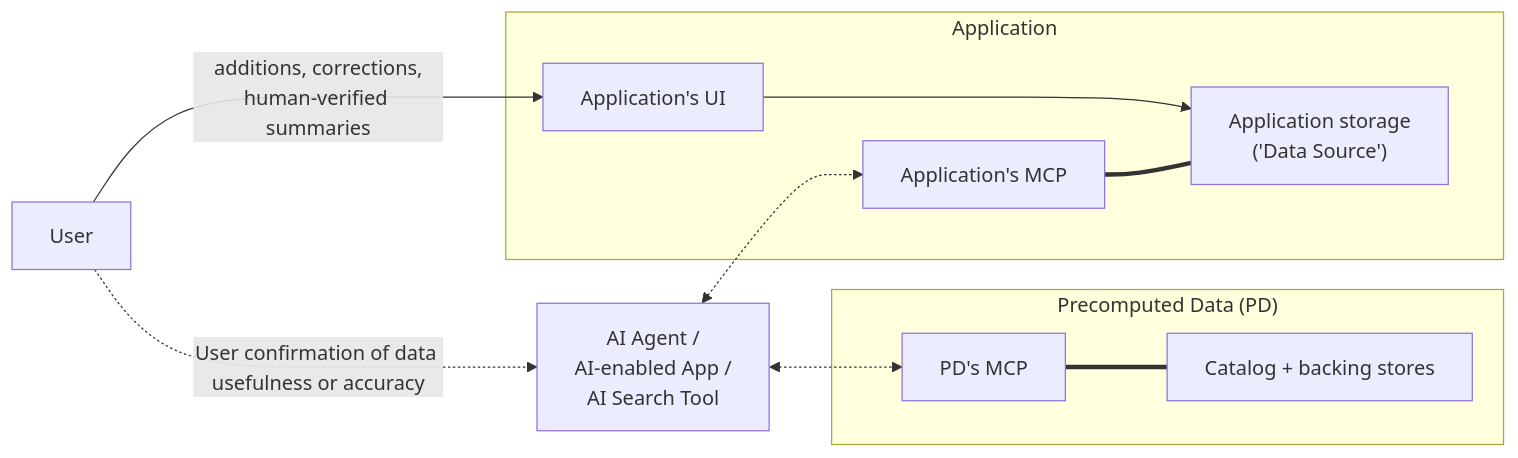
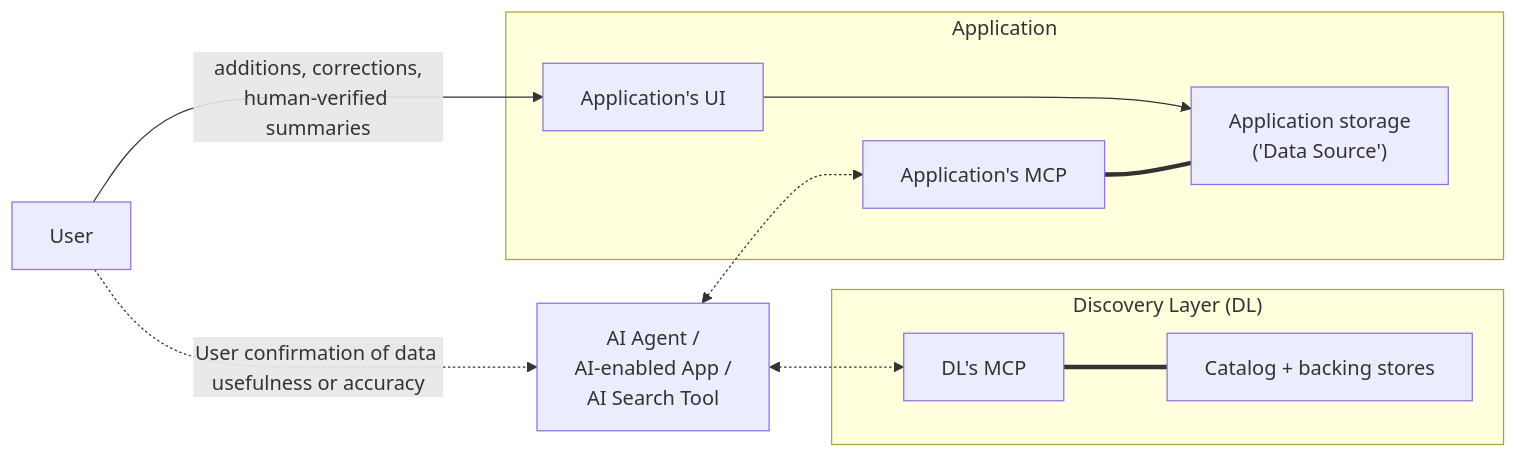
One commit to yoomlam/leverage-inst-knowl changed the second of 2 diagrams in lik-architecture.md. Above: the diagram before and after it, drawn with Mermaid. The commit also changed other lines of this file, not shown here.

First line of the commit message:
Reframe PD as Discovery Layer with pluggable stores and user-writable catalog

````diff
--- a/lik-architecture.md
+++ b/lik-architecture.md
@@ -260,19 +260,19 @@
 ```mermaid
 flowchart LR
   User[User] --->|additions, corrections,<br/>human-verified summaries| DS_UI
 
   subgraph Application
     DS["Application storage <br/>('Data Source')"]
     DS_UI["Application's UI"] ---> DS
     DS_MCP["Application's MCP"] === DS
   end
 
-  subgraph Precomputed Data ["Precomputed Data (PD)"]
-    PD_MCP[PD's MCP] === PD["Catalog + backing stores"]
+  subgraph DiscoveryLayer ["Discovery Layer (DL)"]
+    DL_MCP[DL's MCP] === DL["Catalog + backing stores"]
   end
 
   AI_App[AI Agent /<br/>AI-enabled App /<br/>AI Search Tool]
-  AI_App <-.-> DS_MCP & PD_MCP
+  AI_App <-.-> DS_MCP & DL_MCP
 
   User -.->|User confirmation of data usefulness or accuracy| AI_App
 ```
````
